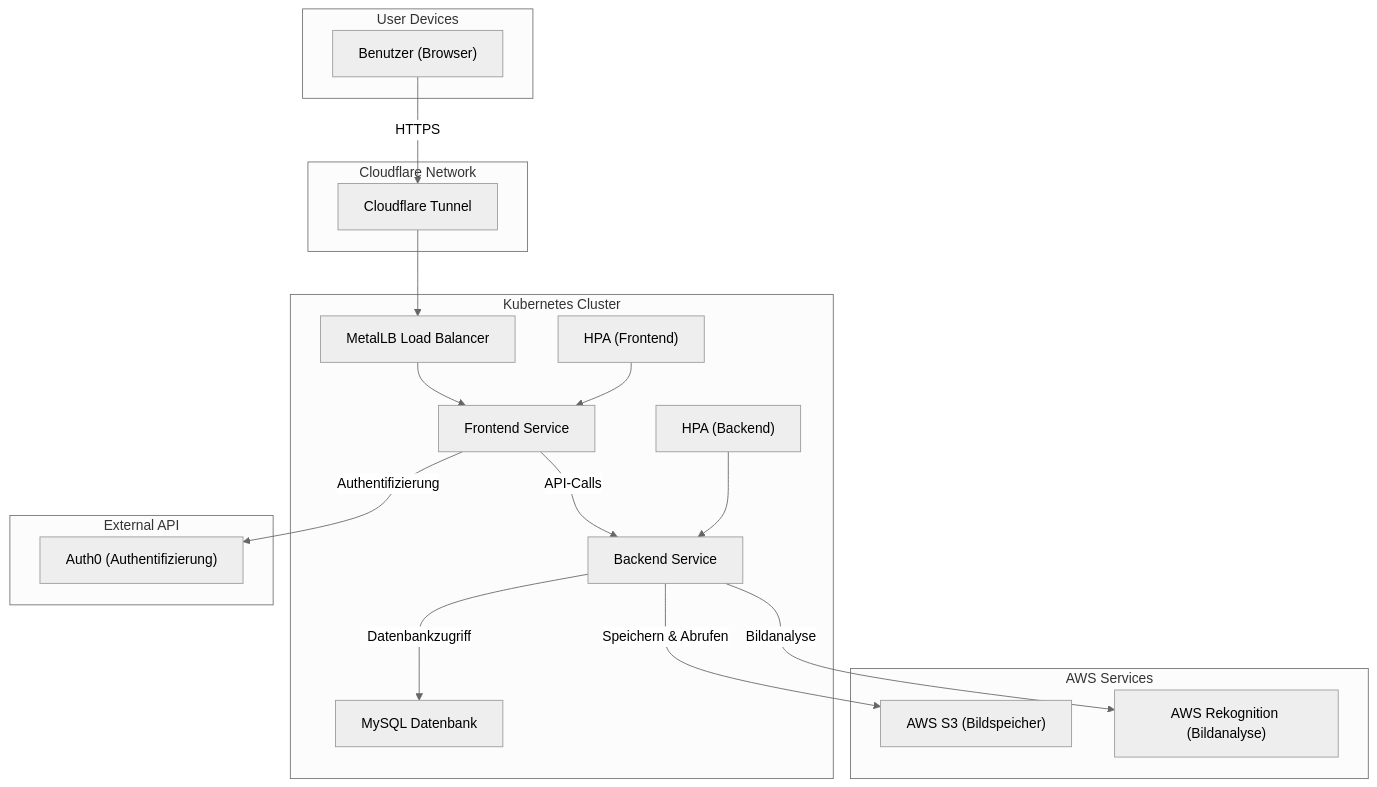
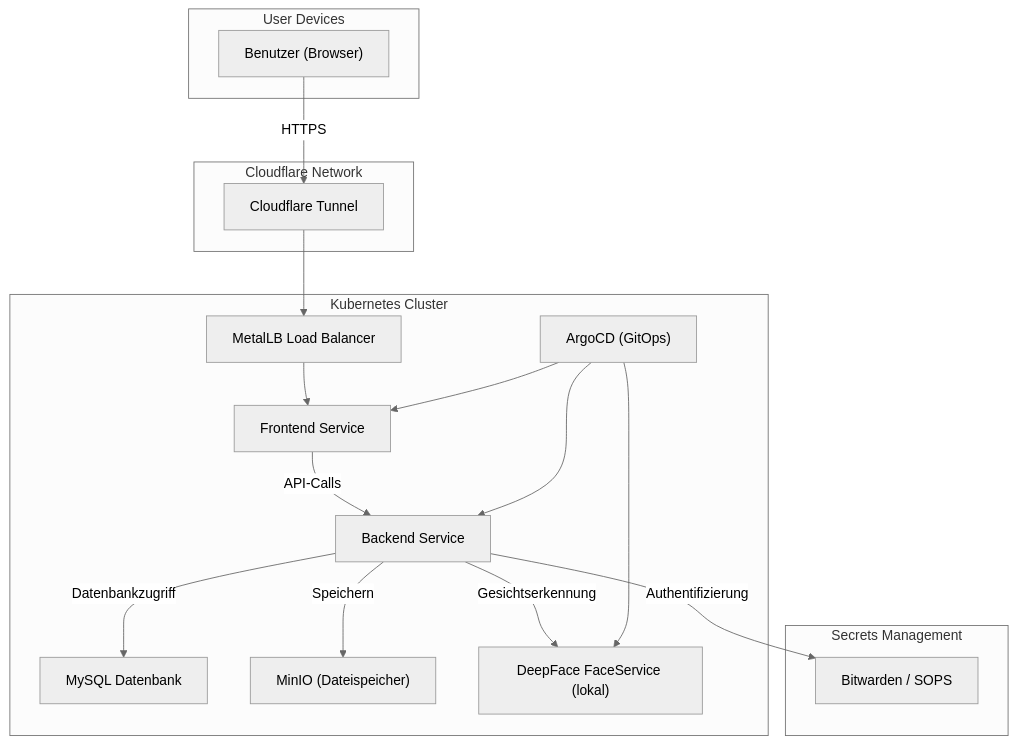
The diagram in docs/2_Projektorganisation/2.5 SEUSAG.md (noluchs/SEM5-EVENTGALLERY), drawn with Mermaid (neutral theme) before and after one commit. The commit also changed other lines of this file and 15 other files, not shown here.

````diff
--- a/docs/2_Projektorganisation/2.5 SEUSAG.md
+++ b/docs/2_Projektorganisation/2.5 SEUSAG.md
@@ -13,39 +13,36 @@
 ```mermaid
 graph TD
     subgraph User Devices
         User["Benutzer (Browser)"]
     end
 
     subgraph Cloudflare Network
         CF["Cloudflare Tunnel"]
     end
 
     subgraph Kubernetes Cluster
         Frontend["Frontend Service"]
         Backend["Backend Service"]
         DB["MySQL Datenbank"]
+        MinIO["MinIO (Dateispeicher)"]
+        FaceService["DeepFace FaceService (lokal)"]
         Metallb["MetalLB Load Balancer"]
-        HPA_Frontend["HPA (Frontend)"]
-        HPA_Backend["HPA (Backend)"]
+        ArgoCD["ArgoCD (GitOps)"]
     end
 
-    subgraph AWS Services
-        S3["AWS S3 (Bildspeicher)"]
-        Rekognition["AWS Rekognition (Bildanalyse)"]
-    end
-
-    subgraph External API
-        Auth0["Auth0 (Authentifizierung)"]
+    subgraph Secrets Management
+        Bitwarden["Bitwarden / SOPS"]
     end
 
     User -->|HTTPS| CF
     CF --> Metallb
     Metallb --> Frontend
     Frontend -->|API-Calls| Backend
-    Frontend -->|Authentifizierung| Auth0
+    Backend -->|Authentifizierung| Bitwarden
+    Backend -->|Gesichtserkennung| FaceService
+    Backend -->|Speichern| MinIO
     Backend -->|Datenbankzugriff| DB
-    Backend -->|Speichern & Abrufen| S3
-    Backend -->|Bildanalyse| Rekognition
-    HPA_Frontend --> Frontend
-    HPA_Backend --> Backend
+    ArgoCD --> Frontend
+    ArgoCD --> Backend
+    ArgoCD --> FaceService
 ```
````
